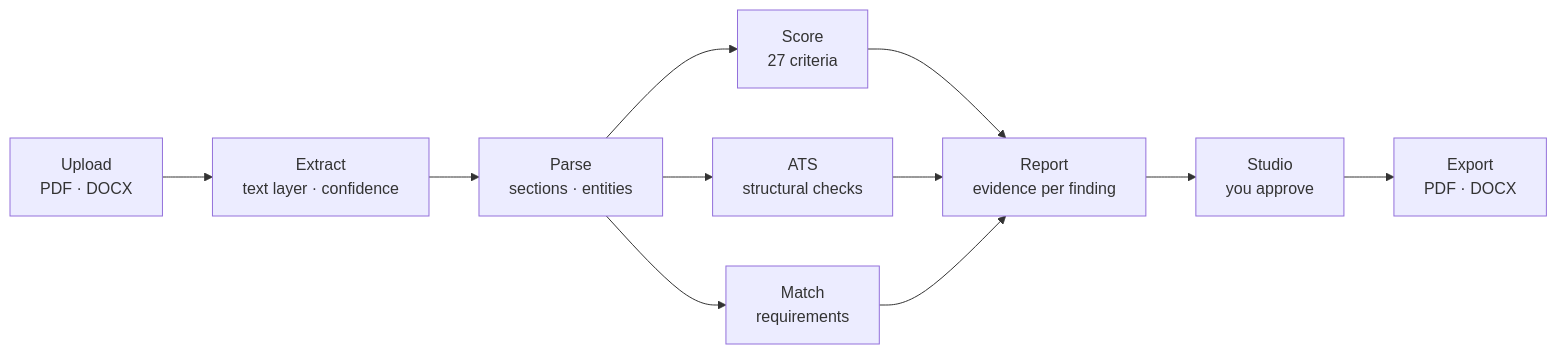
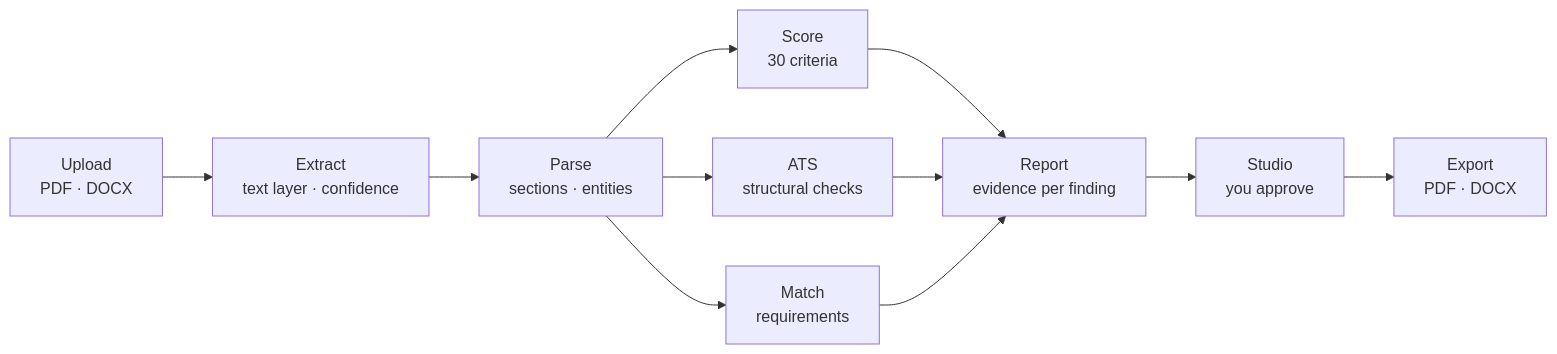
Before and after one commit to tdzoro/Potencia: the first of 3 diagrams in README.md, drawn with Mermaid. The commit also changed other lines of this file and 8 other files, not shown here.

First line of the commit message:
Correct the criteria count and document how each figure is produced

````diff
--- a/README.md
+++ b/README.md
@@ -32,13 +32,13 @@
 ```mermaid
 flowchart LR
     A[Upload<br/>PDF · DOCX] --> B[Extract<br/>text layer · confidence]
     B --> C[Parse<br/>sections · entities]
-    C --> D[Score<br/>27 criteria]
+    C --> D[Score<br/>30 criteria]
     C --> E[ATS<br/>structural checks]
     C --> F[Match<br/>requirements]
     D --> G[Report<br/>evidence per finding]
     E --> G
     F --> G
     G --> H[Studio<br/>you approve]
     H --> I[Export<br/>PDF · DOCX]
 ```
````
